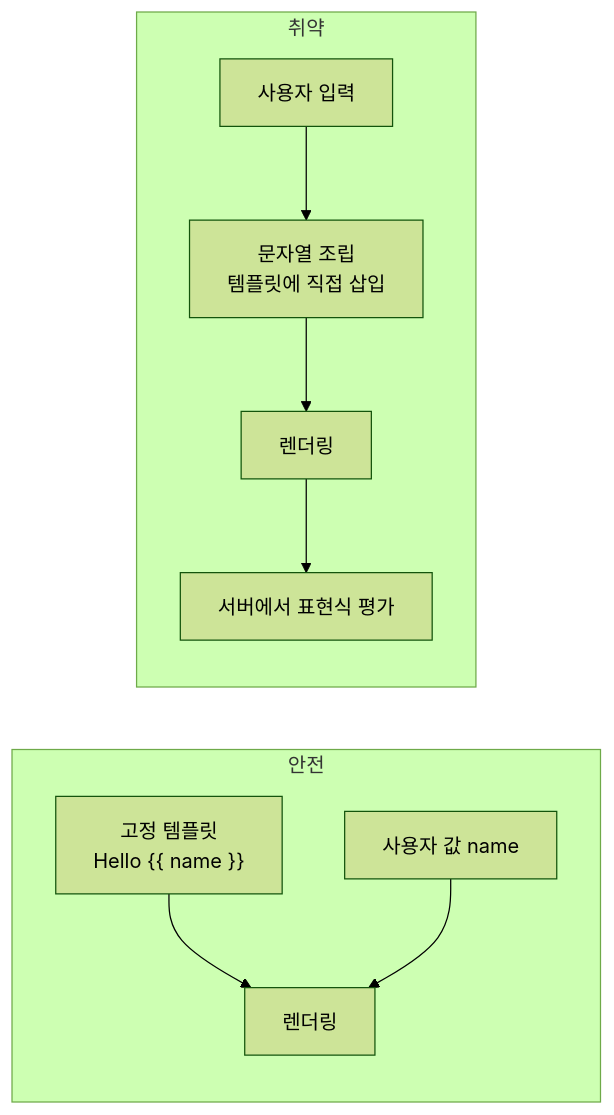
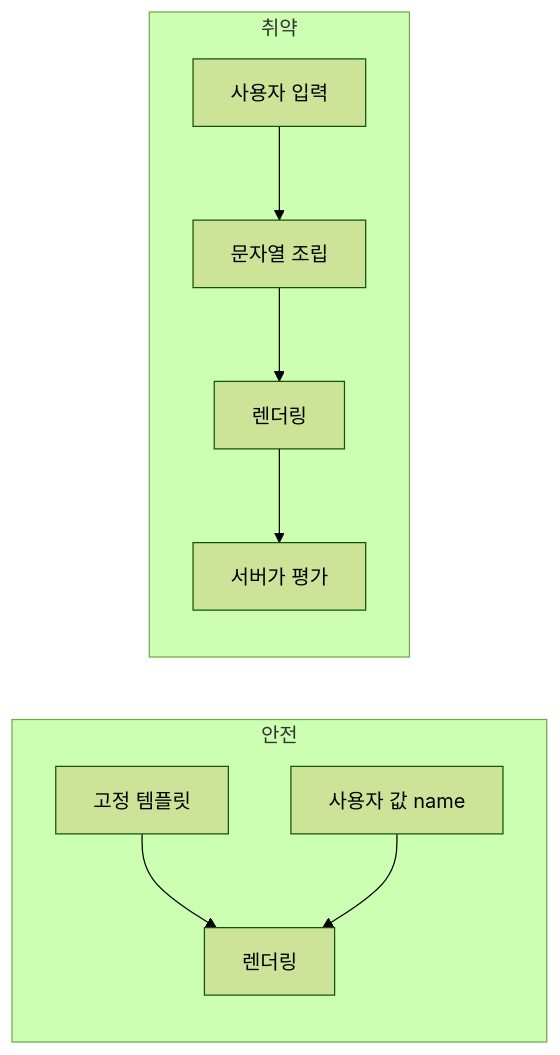
The diagram in _notes/ssti.md (logiciris/logiciris.github.io), drawn with Mermaid (forest theme) before and after one commit. The commit also changed other lines of this file and 28 other files, not shown here.

Commit message:
Notes batches 1-2: qa fixes (accuracy, links, mermaid labels)

````diff
--- a/_notes/ssti.md
+++ b/_notes/ssti.md
@@ -22,12 +22,12 @@
 ```mermaid
 flowchart LR
     subgraph SAFE["안전"]
-      T1["고정 템플릿<br/>Hello {{ name }}"] --> R1["렌더링"]
+      T1["고정 템플릿"] --> R1["렌더링"]
       V1["사용자 값 name"] --> R1
     end
     subgraph BAD["취약"]
-      U["사용자 입력"] --> C["문자열 조립<br/>템플릿에 직접 삽입"]
+      U["사용자 입력"] --> C["문자열 조립"]
       C --> R2["렌더링"]
-      R2 --> X["서버에서 표현식 평가"]
+      R2 --> X["서버가 평가"]
     end
 ```
````
